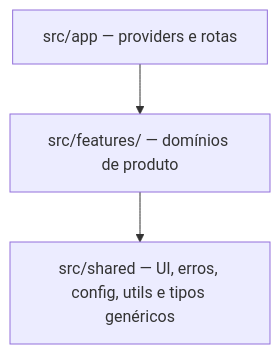
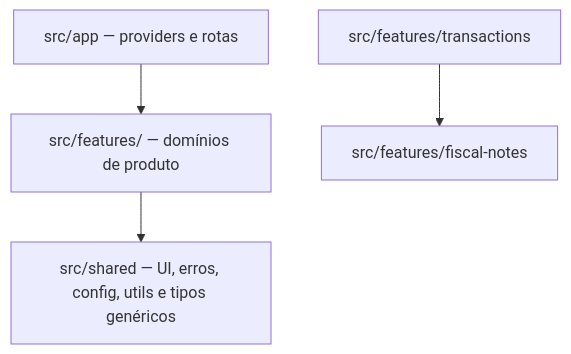
Before and after one commit to danzSTK/personal-finance-frontend: the diagram in docs/architecture/module-boundaries.md, drawn with Mermaid. The commit also changed other lines of this file and 19 other files, not shown here.

Commit message:
docs(fiscal-notes): documentacao modular viva A1, AGENTS.md e fronteiras de modulo

````diff
--- a/docs/architecture/module-boundaries.md
+++ b/docs/architecture/module-boundaries.md
@@ -21,5 +22,6 @@
 ```mermaid
 flowchart TD
   App[src/app — providers e rotas] --> Features[src/features/<modulo> — domínios de produto]
+  Transactions[src/features/transactions] --> FiscalNotes[src/features/fiscal-notes]
   Features --> Shared[src/shared — UI, erros, config, utils e tipos genéricos]
 ```
````
